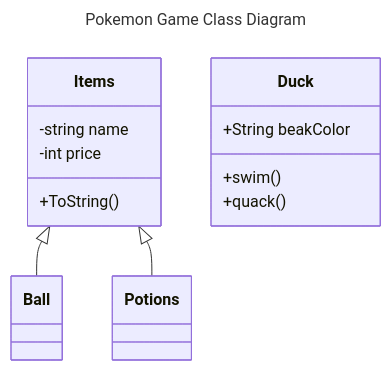
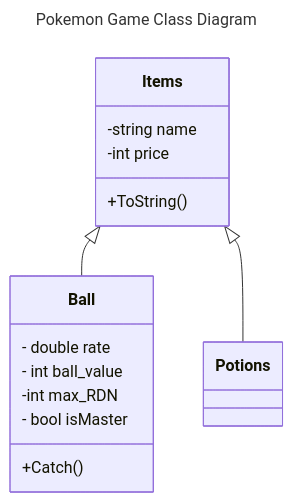
One commit to jinxsu/TextBased-Pokemon changed the diagram in README.md. Above: the diagram before and after it, drawn with Mermaid.

````diff
--- a/README.md
+++ b/README.md
@@ -1,22 +1,24 @@
 ```mermaid
 ---
 title: Pokemon Game Class Diagram
 ---
 classDiagram
 Items<|-- Ball
 Items<|--Potions
 Items: -string name
 Items: -int price
 Items: +ToString()
-class Duck{
-        +String beakColor
-        +swim()
-        +quack()
+class Ball{
+        - double rate
+        - int ball_value
+        -int max_RDN
+        - bool isMaster
+        +Catch()
     }
 
 
 
 
 
 
 ```
````
